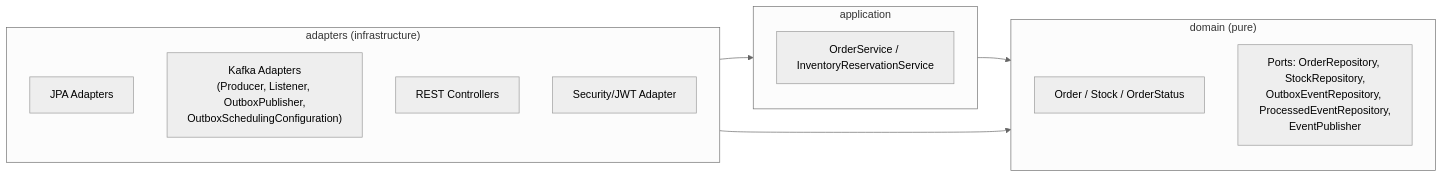
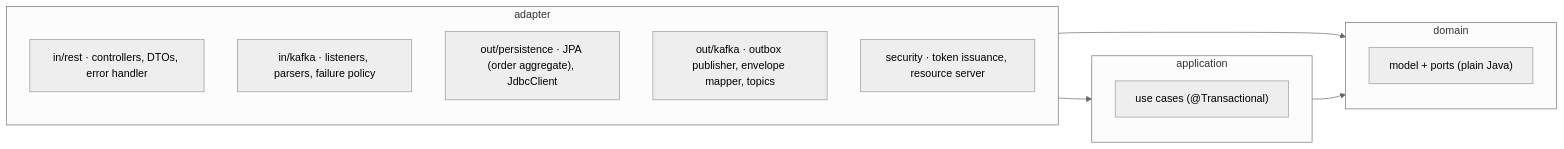
One commit to kaulinmindiola/Resilient-Order-Pipeline changed the fifth of 12 diagrams in docs/sdd.md. Above: the diagram before and after it, drawn with Mermaid (neutral theme). The commit also changed other lines of this file, not shown here.

Commit message:
docs: align SDD with the implementation and add sequence diagrams

````diff
--- a/docs/sdd.md
+++ b/docs/sdd.md
@@ -324,19 +262,19 @@
 ```mermaid
 graph LR
-    subgraph domain["domain (pure)"]
-        D1["Order / Stock / OrderStatus"]
-        D2["Ports: OrderRepository, StockRepository,<br/>OutboxEventRepository, ProcessedEventRepository,<br/>EventPublisher"]
+    subgraph adapter
+        REST["in/rest · controllers, DTOs, error handler"]
+        LST["in/kafka · listeners, parsers, failure policy"]
+        PER["out/persistence · JPA (order aggregate), JdbcClient"]
+        PUB["out/kafka · outbox publisher, envelope mapper, topics"]
+        SEC["security · token issuance, resource server"]
     end
-    subgraph application["application"]
-        A1["OrderService / InventoryReservationService"]
+    subgraph application
+        UC["use cases (@Transactional)"]
     end
-    subgraph adapters["adapters (infrastructure)"]
-        AJ["JPA Adapters"]
-        AK["Kafka Adapters<br/>(Producer, Listener, OutboxPublisher,<br/>OutboxSchedulingConfiguration)"]
-        AR["REST Controllers"]
-        AS["Security/JWT Adapter"]
+    subgraph domain
+        MODEL["model + ports (plain Java)"]
     end
+    adapter --> application
+    adapter --> domain
     application --> domain
-    adapters --> domain
-    adapters --> application
 ```
````
